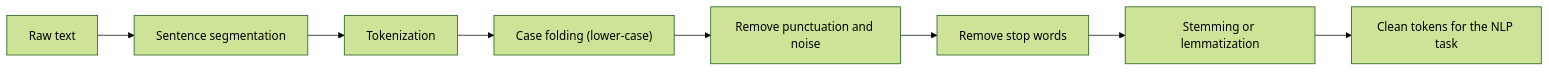
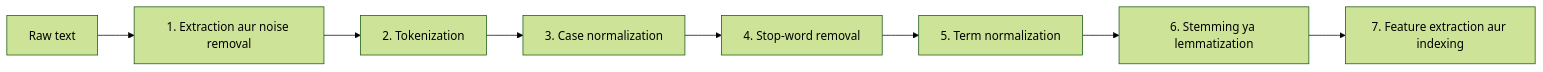
The first of 3 diagrams in content/natural-language-processing/notes/text-preprocessing.hi.mdx (TrendySloth1001/sem-seven-notes), drawn with Mermaid (forest theme) before and after one commit. The commit also changed other lines of this file and 406 other files, not shown here.

````diff
--- a/content/natural-language-processing/notes/text-preprocessing.hi.mdx
+++ b/content/natural-language-processing/notes/text-preprocessing.hi.mdx
@@ -77,11 +45,11 @@
 ```mermaid
-%% caption: Aam preprocessing pipeline. Har box pichhle box ka output leta hai. Har task ko har step nahi chahiye: search engine aam taur pe sab rakhta hai, lekin modern language model wala chatbot aksar sirf tokenization rakhta hai.
+%% caption: Text processing pipeline jaise class batati hai. Left se raw text andar jaata hai; right se clean, uniform terms nikalte hain jo indexing ke liye ready hain.
 flowchart LR
-  A["Raw text"] --> B["Sentence segmentation"]
-  B --> C["Tokenization"]
-  C --> D["Case folding (lower-case)"]
-  D --> E["Remove punctuation and noise"]
-  E --> F["Remove stop words"]
-  F --> G["Stemming or lemmatization"]
-  G --> H["Clean tokens for the NLP task"]
+  A["Raw text"] --> B["1. Extraction aur noise removal"]
+  B --> C["2. Tokenization"]
+  C --> D["3. Case normalization"]
+  D --> E["4. Stop-word removal"]
+  E --> F["5. Term normalization"]
+  F --> G["6. Stemming ya lemmatization"]
+  G --> H["7. Feature extraction aur indexing"]
 ```
````
